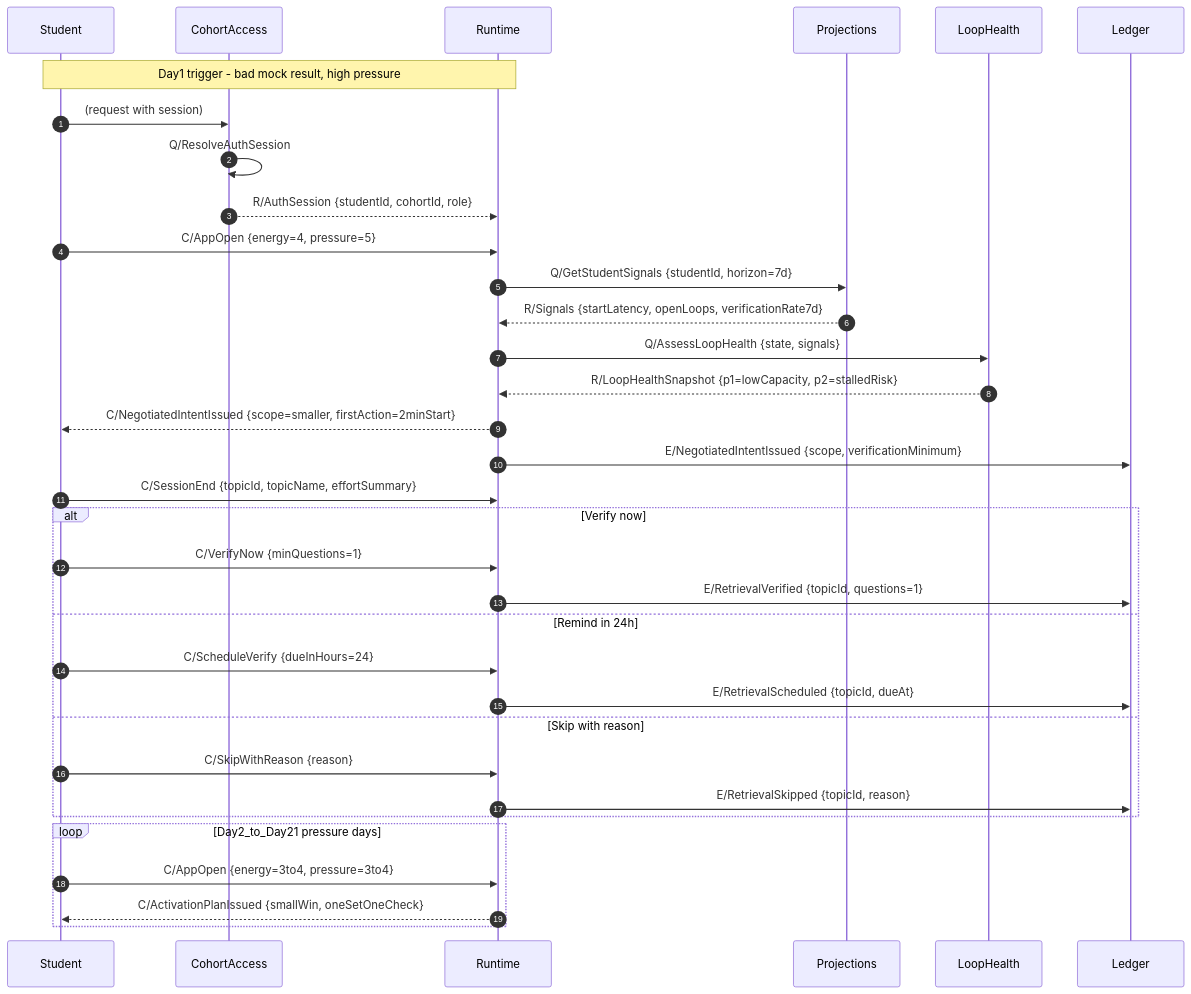
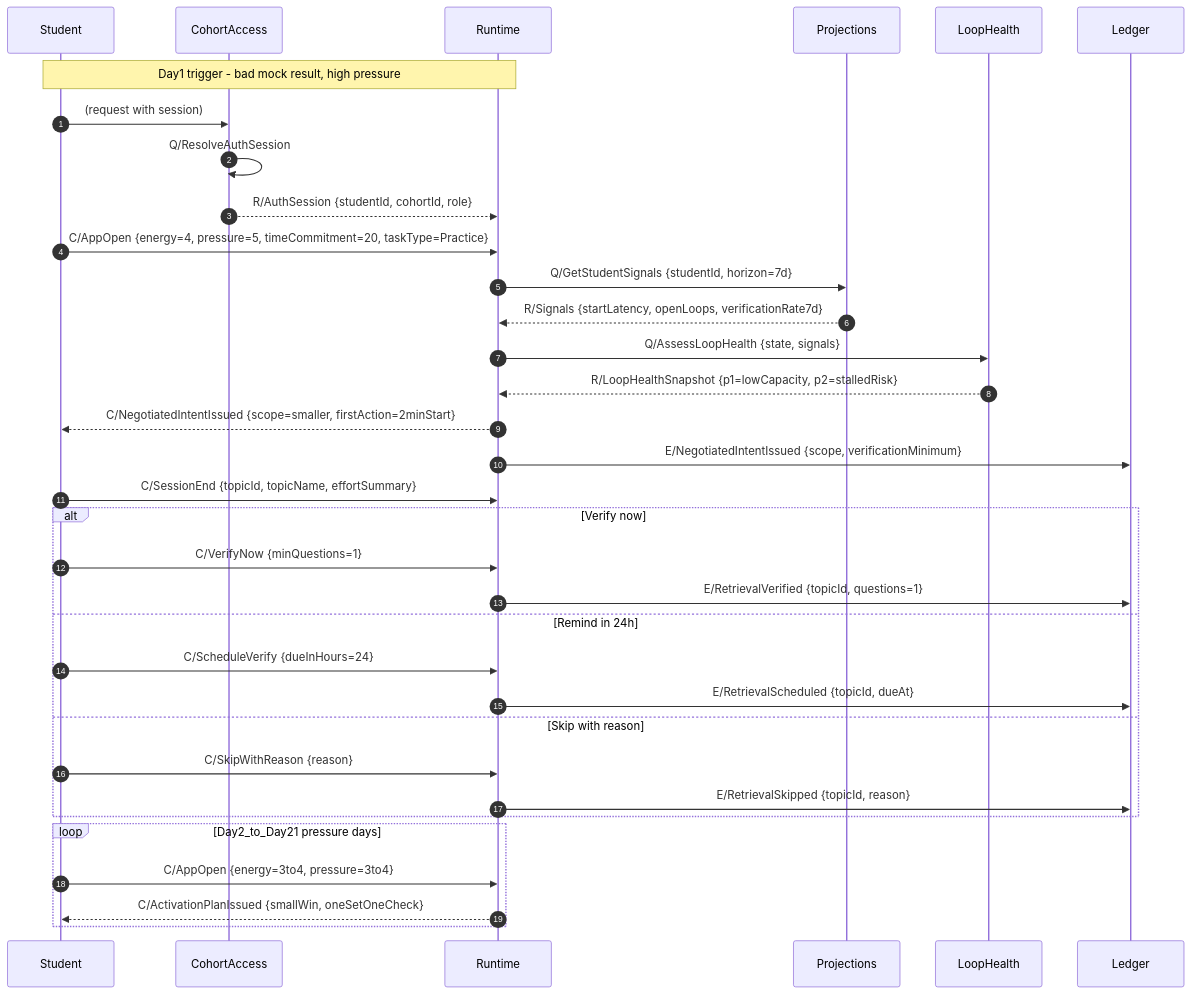
The second of 4 diagrams in docs/engineering-ddd-design/05-domain-message-flows-storyboards.md (Mukul1312/ELI), drawn with Mermaid before and after one commit. The commit also changed other lines of this file and 33 other files, not shown here.

````diff
--- a/docs/engineering-ddd-design/05-domain-message-flows-storyboards.md
+++ b/docs/engineering-ddd-design/05-domain-message-flows-storyboards.md
@@ -90,39 +91,39 @@
 ```mermaid
 sequenceDiagram
     autonumber
     participant Student
     participant CohortAccess
     participant Runtime
     participant Projections
     participant LoopHealth
     participant Ledger
 
     Note over Student,Runtime: Day1 trigger - bad mock result, high pressure
     Student->>CohortAccess: (request with session)
     CohortAccess->>CohortAccess: Q/ResolveAuthSession
     CohortAccess-->>Runtime: R/AuthSession {studentId, cohortId, role}
-    Student->>Runtime: C/AppOpen {energy=4, pressure=5}
+    Student->>Runtime: C/AppOpen {energy=4, pressure=5, timeCommitment=20, taskType=Practice}
     Runtime->>Projections: Q/GetStudentSignals {studentId, horizon=7d}
     Projections-->>Runtime: R/Signals {startLatency, openLoops, verificationRate7d}
     Runtime->>LoopHealth: Q/AssessLoopHealth {state, signals}
     LoopHealth-->>Runtime: R/LoopHealthSnapshot {p1=lowCapacity, p2=stalledRisk}
     Runtime-->>Student: C/NegotiatedIntentIssued {scope=smaller, firstAction=2minStart}
     Runtime->>Ledger: E/NegotiatedIntentIssued {scope, verificationMinimum}
 
     Student->>Runtime: C/SessionEnd {topicId, topicName, effortSummary}
     alt Verify now
         Student->>Runtime: C/VerifyNow {minQuestions=1}
         Runtime->>Ledger: E/RetrievalVerified {topicId, questions=1}
     else Remind in 24h
         Student->>Runtime: C/ScheduleVerify {dueInHours=24}
         Runtime->>Ledger: E/RetrievalScheduled {topicId, dueAt}
     else Skip with reason
         Student->>Runtime: C/SkipWithReason {reason}
         Runtime->>Ledger: E/RetrievalSkipped {topicId, reason}
     end
 
     loop Day2_to_Day21 pressure days
         Student->>Runtime: C/AppOpen {energy=3to4, pressure=3to4}
         Runtime-->>Student: C/ActivationPlanIssued {smallWin, oneSetOneCheck}
     end
 ```
````
